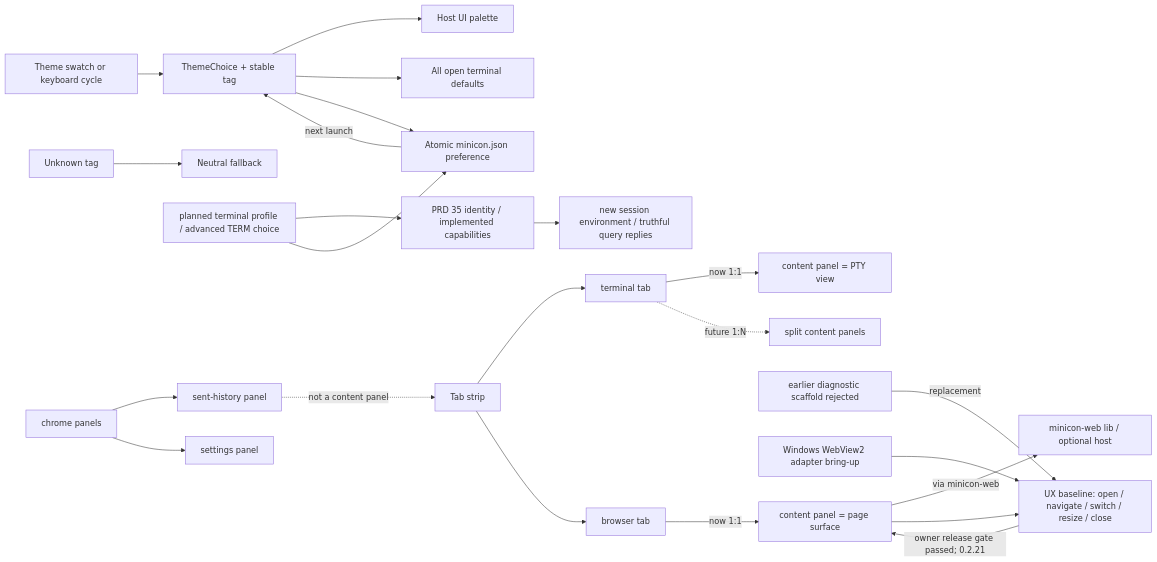
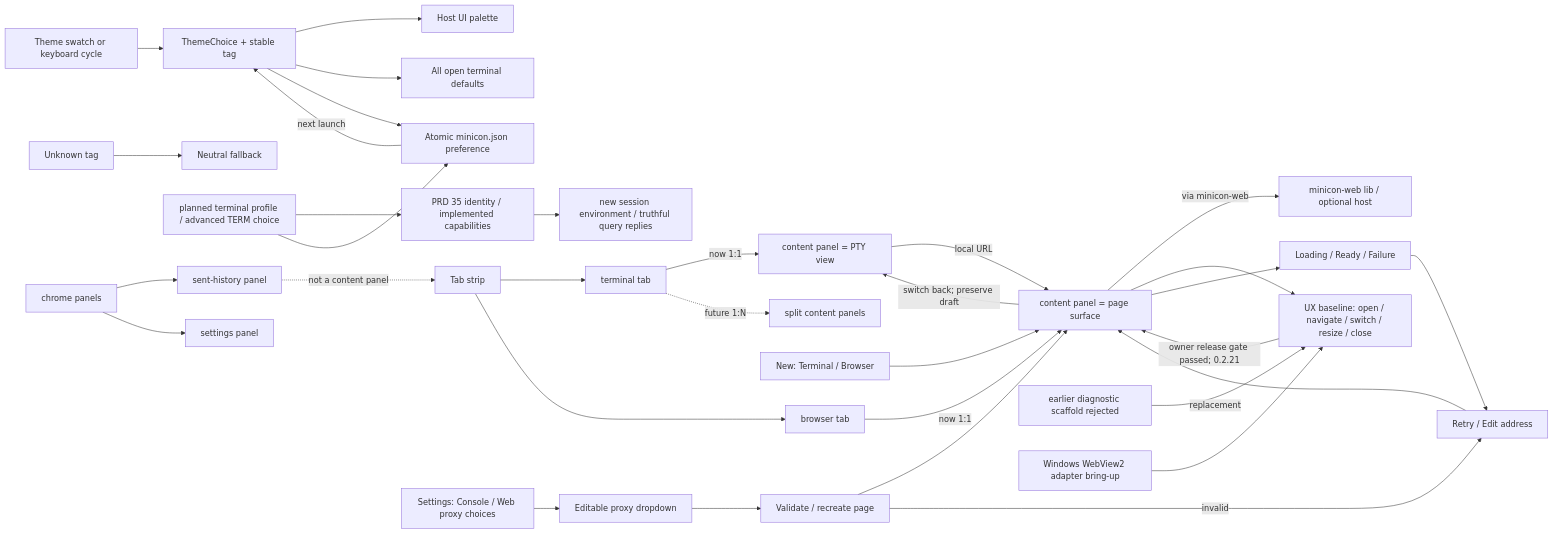
One commit to partnernetsoftware/minicon changed the first of 2 diagrams in prd/PRD_02_25_con_workspace.md. Above: the diagram before and after it, drawn with Mermaid. The commit also changed other lines of this file and 32 other files, not shown here.

Commit message:
Improve browser preview workflow and saved proxy settings

````diff
--- a/prd/PRD_02_25_con_workspace.md
+++ b/prd/PRD_02_25_con_workspace.md
@@ -53,25 +54,35 @@
 ```mermaid
 flowchart LR
     Choice["Theme swatch or keyboard cycle"] --> T["ThemeChoice + stable tag"]
     T --> Host["Host UI palette"]
     T --> Tabs["All open terminal defaults"]
     T --> Save["Atomic minicon.json preference"]
     Save -->|next launch| T
     Bad["Unknown tag"] --> Default["Neutral fallback"]
     Term["planned terminal profile / advanced TERM choice"] --> Contract["PRD 35 identity / implemented capabilities"]
     Contract --> Spawn["new session environment / truthful query replies"]
     Term --> Save
     Strip["Tab strip"] --> TermTab["terminal tab"]
     Strip --> BrTab["browser tab"]
     TermTab -->|"now 1:1"| TermCP["content panel = PTY view"]
     BrTab -->|"now 1:1"| BrCP["content panel = page surface"]
     BrCP -->|"via minicon-web"| Web["minicon-web lib / optional host"]
     BrCP --> UX["UX baseline: open / navigate / switch / resize / close"]
     BadUX["earlier diagnostic scaffold rejected"] -->|"replacement"| UX
     WinWeb["Windows WebView2 adapter bring-up"] --> UX
     UX -->|"owner release gate passed; 0.2.21"| BrCP
+    Entry["New: Terminal / Browser"] --> BrCP
+    BrCP --> State["Loading / Ready / Failure"]
+    State --> Recovery["Retry / Edit address"]
+    Recovery --> BrCP
+    Choices["Settings: Console / Web proxy choices"] --> Proxy
+    Proxy["Editable proxy dropdown"] --> Validate["Validate / recreate page"]
+    Validate --> BrCP
+    Validate -->|invalid| Recovery
+    TermCP -->|"local URL"| BrCP
+    BrCP -->|"switch back; preserve draft"| TermCP
     TermTab -.->|"future 1:N"| Multi["split content panels"]
     Chrome["chrome panels"] --> Hist["sent-history panel"]
     Chrome --> Sett["settings panel"]
     Hist -.->|"not a content panel"| Strip
 ```
````
